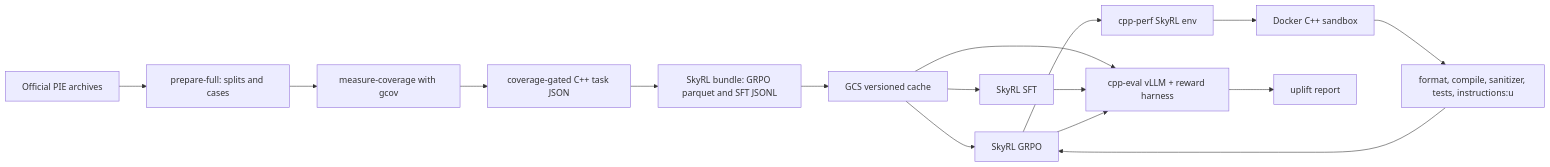
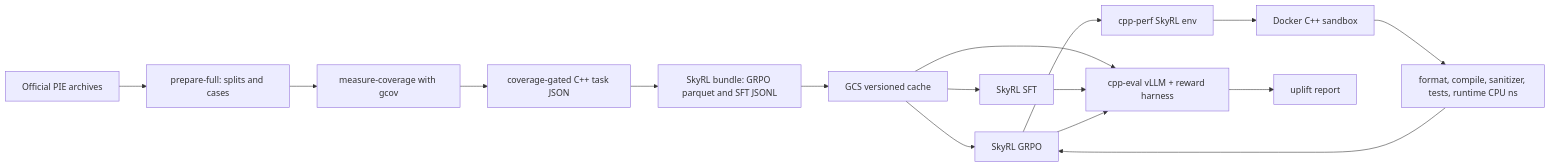
Before and after one commit to sandys/browser-is-all-you-need: the first of 2 diagrams in README.md, drawn with Mermaid. The commit also changed other lines of this file and 37 other files, not shown here.

````diff
--- a/README.md
+++ b/README.md
@@ -21,18 +21,18 @@
 ```mermaid
 flowchart LR
   raw[Official PIE archives] --> prep[prepare-full: splits and cases]
   prep --> cov[measure-coverage with gcov]
   cov --> tasks[coverage-gated C++ task JSON]
   tasks --> skyrl[SkyRL bundle: GRPO parquet and SFT JSONL]
   skyrl --> gcs[GCS versioned cache]
   gcs --> sft[SkyRL SFT]
   gcs --> grpo[SkyRL GRPO]
   grpo --> env[cpp-perf SkyRL env]
   env --> sandbox[Docker C++ sandbox]
-  sandbox --> reward[format, compile, sanitizer, tests, instructions:u]
+  sandbox --> reward[format, compile, sanitizer, tests, runtime CPU ns]
   reward --> grpo
   gcs --> eval[cpp-eval vLLM + reward harness]
   sft --> eval
   grpo --> eval
   eval --> report[uplift report]
 ```
````
